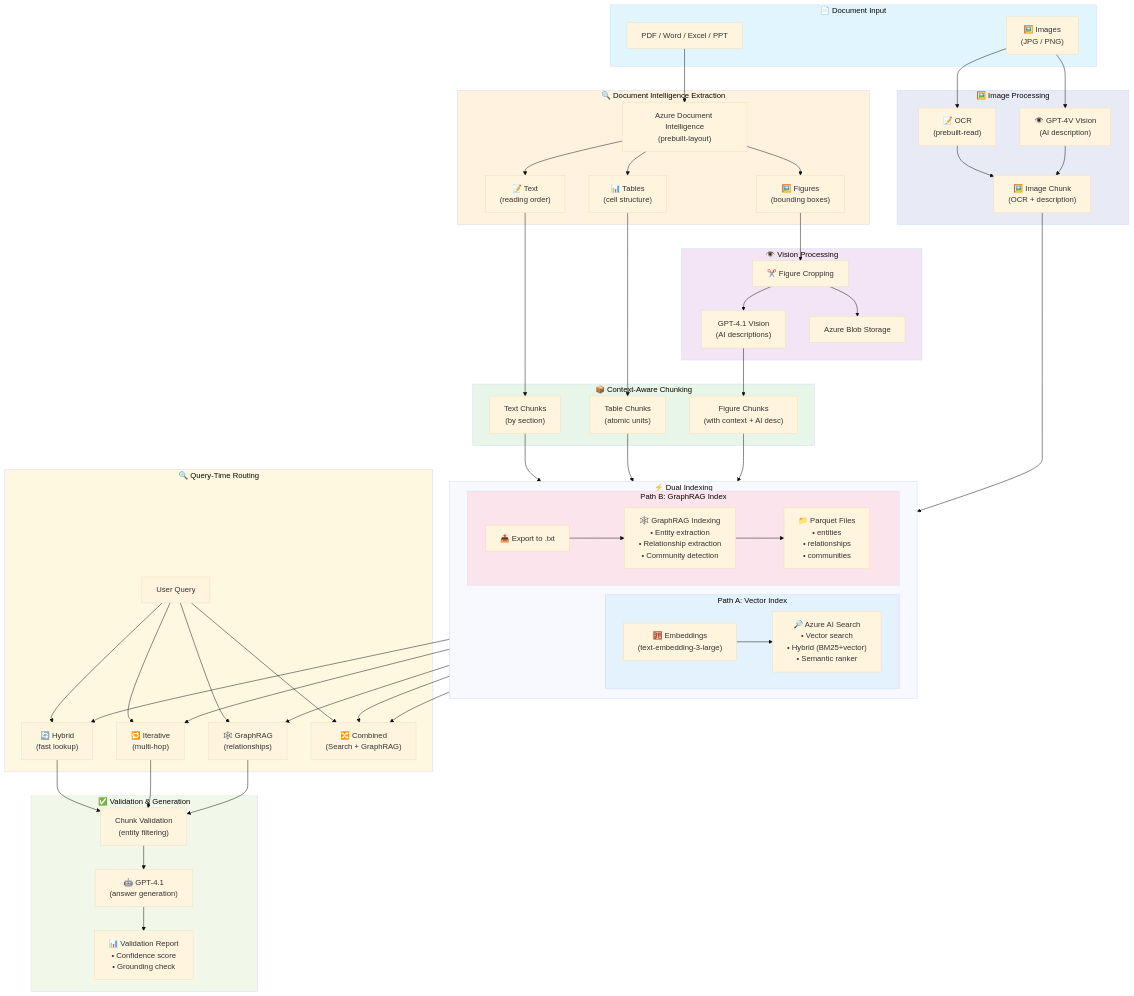
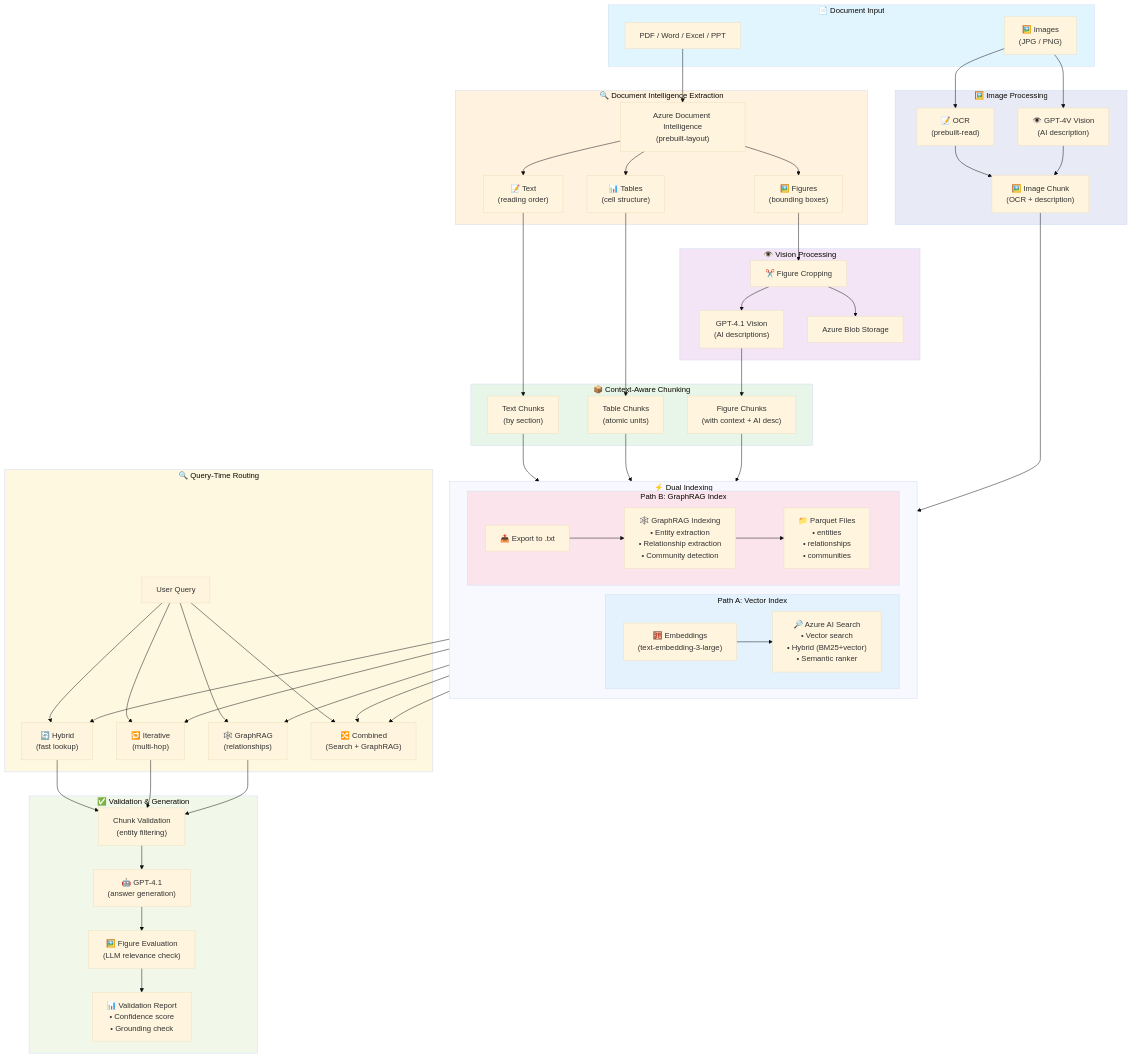
The diagram in modules/module-7-pipeline/README.md (roie9876/RAG-WorkShop), drawn with Mermaid (base theme) before and after one commit. The commit also changed other lines of this file, not shown here.

```diff
--- a/modules/module-7-pipeline/README.md
+++ b/modules/module-7-pipeline/README.md
@@ -118,10 +118,12 @@
     subgraph OUTPUT["✅ Validation & Generation"]
         VALID["Chunk Validation<br/>(entity filtering)"]
         GEN["🤖 GPT-4.1<br/>(answer generation)"]
+        FIGEVAL["🖼️ Figure Evaluation<br/>(LLM relevance check)"]
         REPORT["📊 Validation Report<br/>• Confidence score<br/>• Grounding check"]
         
         VALID --> GEN
-        GEN --> REPORT
+        GEN --> FIGEVAL
+        FIGEVAL --> REPORT
     end
 
     HYBRID --> VALID
```
